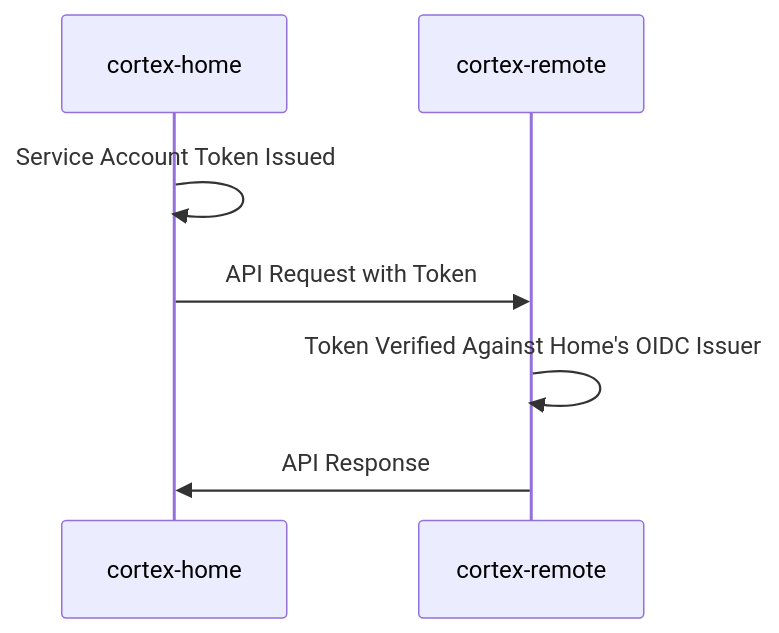
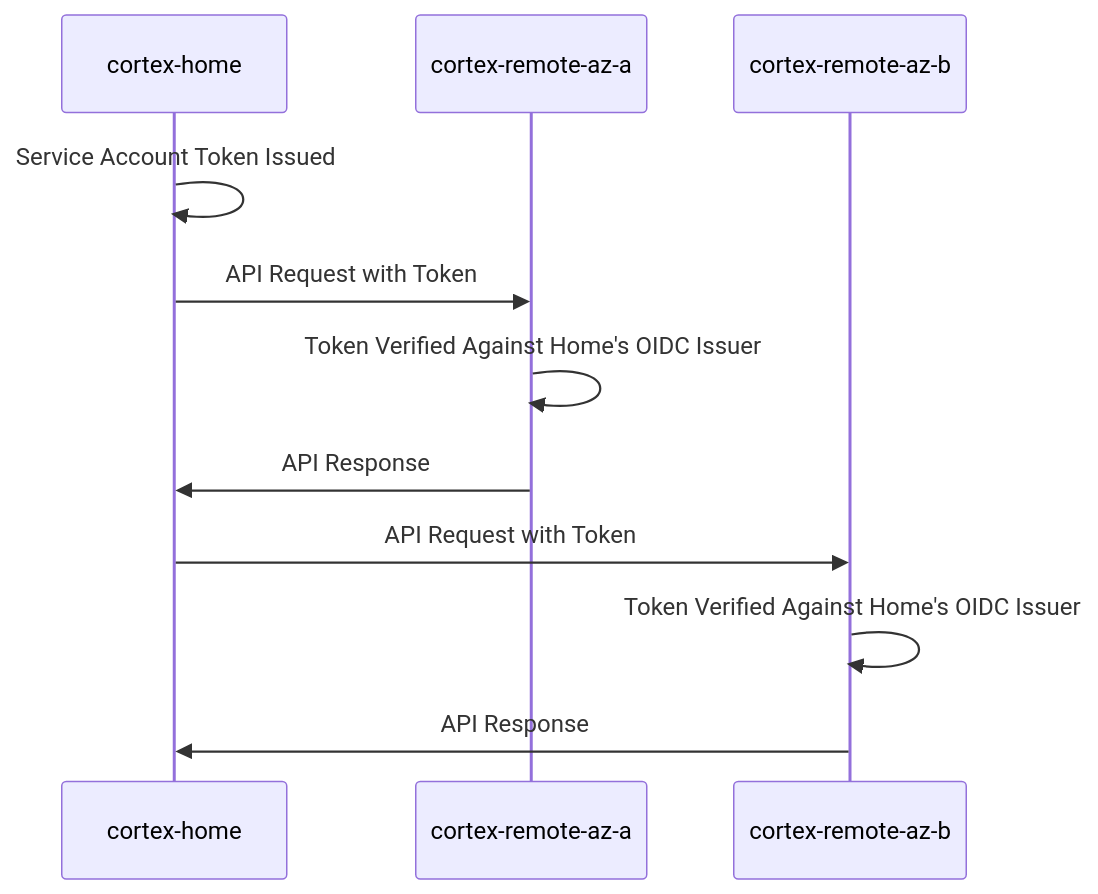
Before and after one commit to cobaltcore-dev/cortex: the diagram in docs/guides/multicluster/readme.md, drawn with Mermaid. The commit also changed other lines of this file and 4 other files, not shown here.

````diff
--- a/docs/guides/multicluster/readme.md
+++ b/docs/guides/multicluster/readme.md
@@ -11,9 +11,13 @@
 ```mermaid
 sequenceDiagram
     participant Home as cortex-home
-    participant Remote as cortex-remote
+    participant RemoteA as cortex-remote-az-a
+    participant RemoteB as cortex-remote-az-b
     Home->>Home: Service Account Token Issued
-    Home->>Remote: API Request with Token
-    Remote->>Remote: Token Verified Against Home's OIDC Issuer
-    Remote->>Home: API Response
+    Home->>RemoteA: API Request with Token
+    RemoteA->>RemoteA: Token Verified Against Home's OIDC Issuer
+    RemoteA->>Home: API Response
+    Home->>RemoteB: API Request with Token
+    RemoteB->>RemoteB: Token Verified Against Home's OIDC Issuer
+    RemoteB->>Home: API Response
 ```
````
